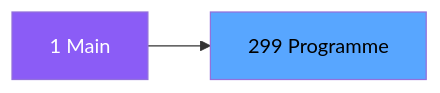
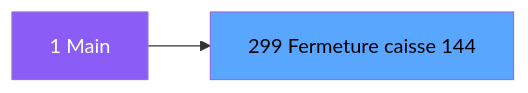
Before and after one commit to thonyAGP/magic-migration: the second of 3 diagrams in .openspec/specs/ADH-IDE-299.md, drawn with Mermaid. The commit also changed other lines of this file and 323 other files, not shown here.

````diff
--- a/.openspec/specs/ADH-IDE-299.md
+++ b/.openspec/specs/ADH-IDE-299.md
@@ -105,8 +122,8 @@
 ```mermaid
 graph LR
     M[1 Main]
-    T[299 Programme]
+    T[299 Fermeture caisse 144]
     M --> T
     style M fill:#8b5cf6,color:#fff
     style T fill:#58a6ff,color:#000
 ```
````
